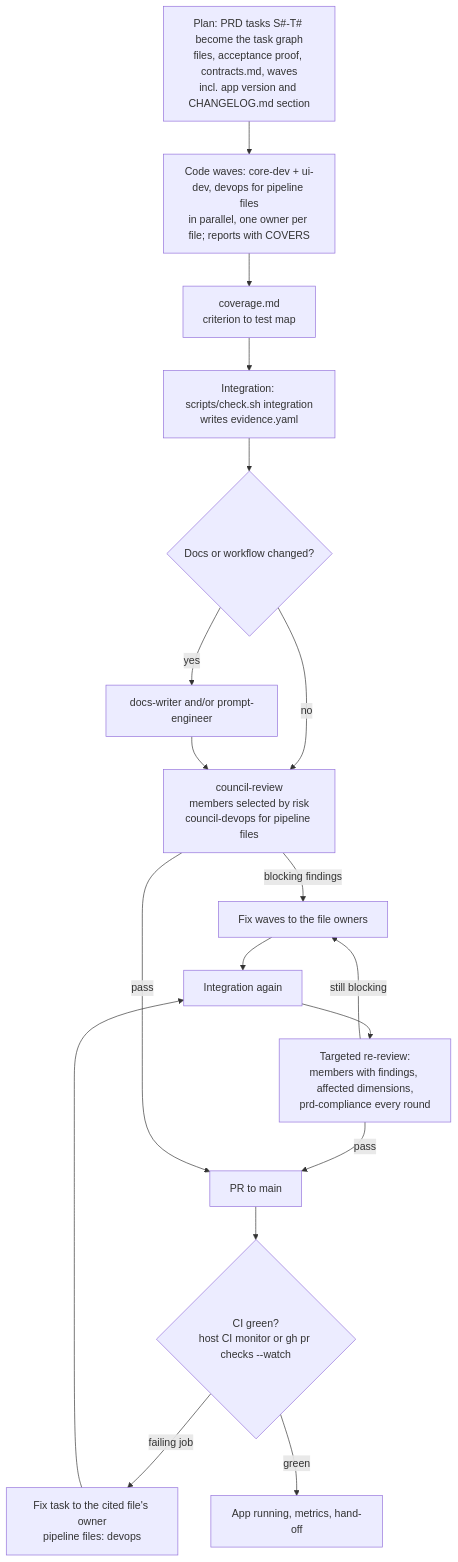
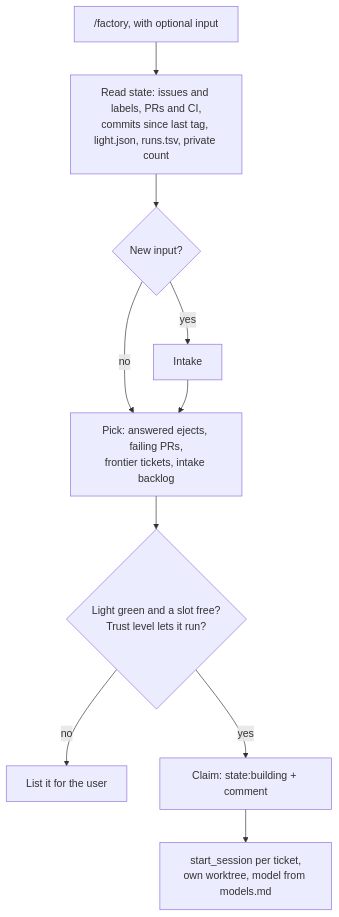
Before and after one commit to Sherlock64/zeni: the third of 5 diagrams in docs/workflow.md, drawn with Mermaid. The commit also changed other lines of this file and 62 other files, not shown here.

First line of the commit message:
v7.2.1: factory workflow and epic roadmap

````diff
--- a/docs/workflow.md
+++ b/docs/workflow.md
@@ -25,19 +43,10 @@
 ```mermaid
 flowchart TD
-  Plan["Plan: PRD tasks S#-T# become the task graph<br/>files, acceptance proof, contracts.md, waves<br/>incl. app version and CHANGELOG.md section"] --> Waves
-  Waves["Code waves: core-dev + ui-dev, devops for pipeline files<br/>in parallel, one owner per file; reports with COVERS"] --> Cov["coverage.md<br/>criterion to test map"]
-  Cov --> Int["Integration: scripts/check.sh integration<br/>writes evidence.yaml"]
-  Int --> Docs{"Docs or workflow changed?"}
-  Docs -- yes --> DW["docs-writer and/or prompt-engineer"]
-  Docs -- no --> Council
-  DW --> Council["council-review<br/>members selected by risk<br/>council-devops for pipeline files"]
-  Council -- "blocking findings" --> FixW["Fix waves to the file owners"]
-  FixW --> Int2["Integration again"] --> Re["Targeted re-review:<br/>members with findings, affected dimensions,<br/>prd-compliance every round"]
-  Re -- "still blocking" --> FixW
-  Re -- pass --> PR
-  Council -- pass --> PR["PR to main"]
-  PR --> CI{"CI green?<br/>host CI monitor or gh pr checks --watch"}
-  CI -- "failing job" --> CIFix["Fix task to the cited file's owner<br/>pipeline files: devops"]
-  CIFix --> Int2
-  CI -- green --> Hand["App running, metrics, hand-off"]
+  You["/factory, with optional input"] --> Read["Read state: issues and labels, PRs and CI,<br/>commits since last tag, light.json, runs.tsv, private count"]
+  Read --> In{"New input?"} -- yes --> Intake["Intake"]
+  In -- no --> Pick
+  Intake --> Pick["Pick: answered ejects, failing PRs,<br/>frontier tickets, intake backlog"]
+  Pick --> Gate{"Light green and a slot free?<br/>Trust level lets it run?"}
+  Gate -- no --> List["List it for the user"]
+  Gate -- yes --> Claim["Claim: state:building + comment"] --> Spawn["start_session per ticket,<br/>own worktree, model from models.md"]
 ```
````
